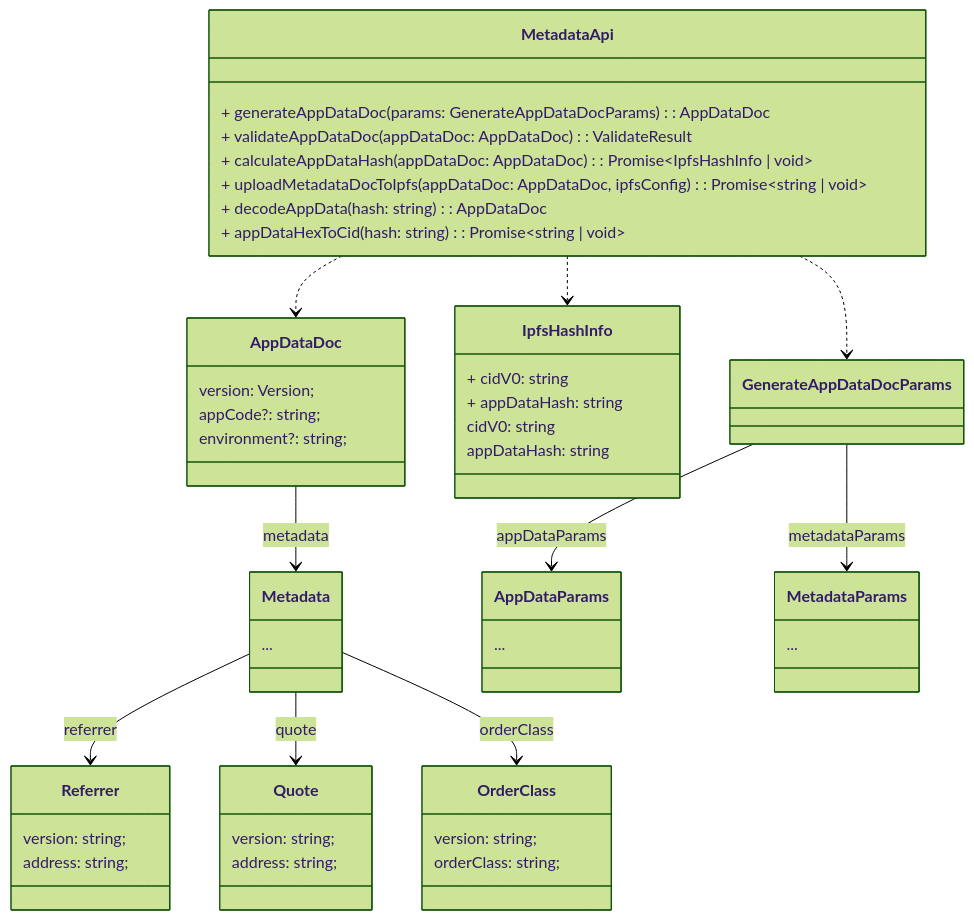
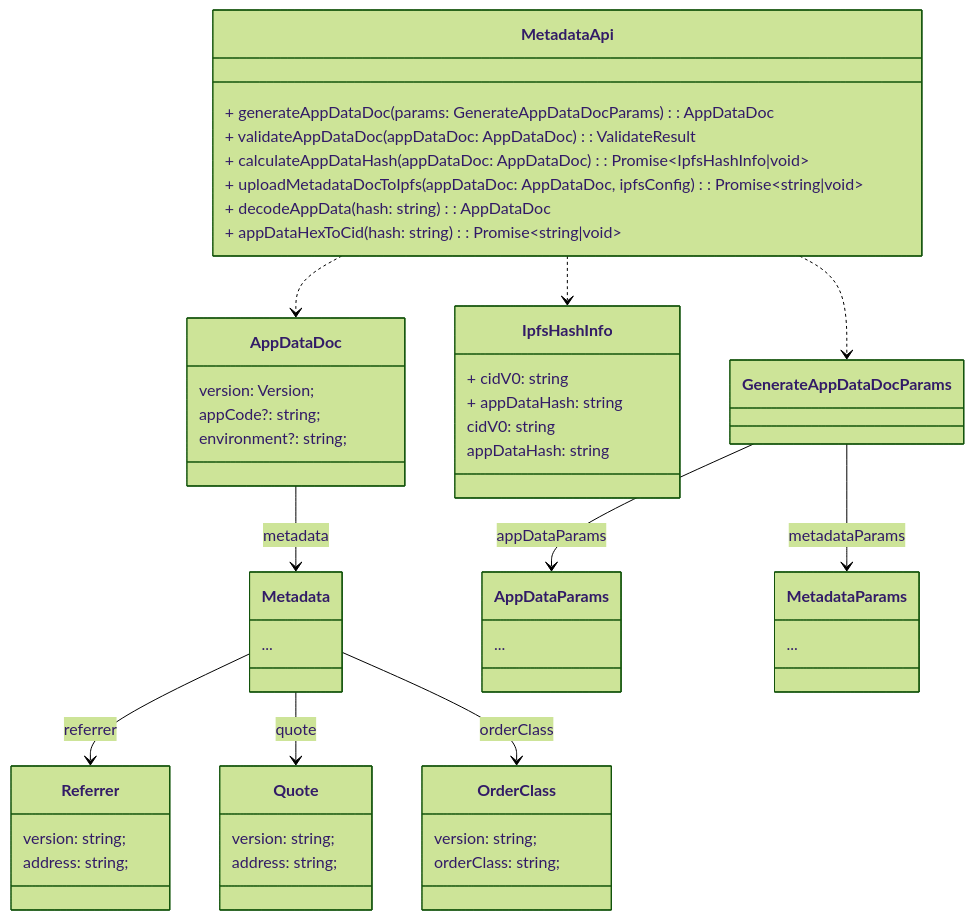
The seventh of 7 diagrams in docs/architecture.md (cowprotocol/cow-sdk), drawn with Mermaid (forest theme) before and after one commit.

Commit message:
Fix rendering issue

````diff
--- a/docs/architecture.md
+++ b/docs/architecture.md
@@ -287,76 +287,74 @@
 ```mermaid
 classDiagram
 
 class MetadataApi {
   + generateAppDataDoc(params: GenerateAppDataDocParams): AppDataDoc
   + validateAppDataDoc(appDataDoc: AppDataDoc): ValidateResult
-  + calculateAppDataHash(appDataDoc: AppDataDoc): Promise~IpfsHashInfo | void~
-  + uploadMetadataDocToIpfs(appDataDoc: AppDataDoc, ipfsConfig): Promise~string | void~
+  + calculateAppDataHash(appDataDoc: AppDataDoc): Promise~IpfsHashInfo|void~
+  + uploadMetadataDocToIpfs(appDataDoc: AppDataDoc, ipfsConfig): Promise~string|void~
   + decodeAppData(hash: string): AppDataDoc
-  + appDataHexToCid(hash: string): Promise~string | void~
+  + appDataHexToCid(hash: string): Promise~string|void~
 }
 
 class AppDataDoc {
   version: Version;
   appCode?: string;
   environment?: string;
 }
 
 AppDataDoc --> Metadata: metadata
 
 class Referrer {
   version: string;
   address: string;
 }
 
 class Quote {
   version: string;
   address: string;
 }
 
 class IpfsHashInfo {
   + cidV0: string
   + appDataHash: string
 }
 
 MetadataApi ..> IpfsHashInfo
 
 
 class OrderClass {
   version: string;
   orderClass: string;
 }
 
 class AppDataParams {
   ...
 }
 
 
 class Metadata {
   ...
 }
 
 class MetadataParams {
   ...
 }
 
 class IpfsHashInfo {
   cidV0: string
   appDataHash: string
 }
 
 
 MetadataApi ..> GenerateAppDataDocParams
 MetadataApi ..> AppDataDoc
 
 GenerateAppDataDocParams --> AppDataParams: appDataParams
 GenerateAppDataDocParams --> MetadataParams: metadataParams
 
 
 
 Metadata --> Referrer: referrer
 Metadata --> Quote: quote
 Metadata --> OrderClass: orderClass
-
-
 ```
````
